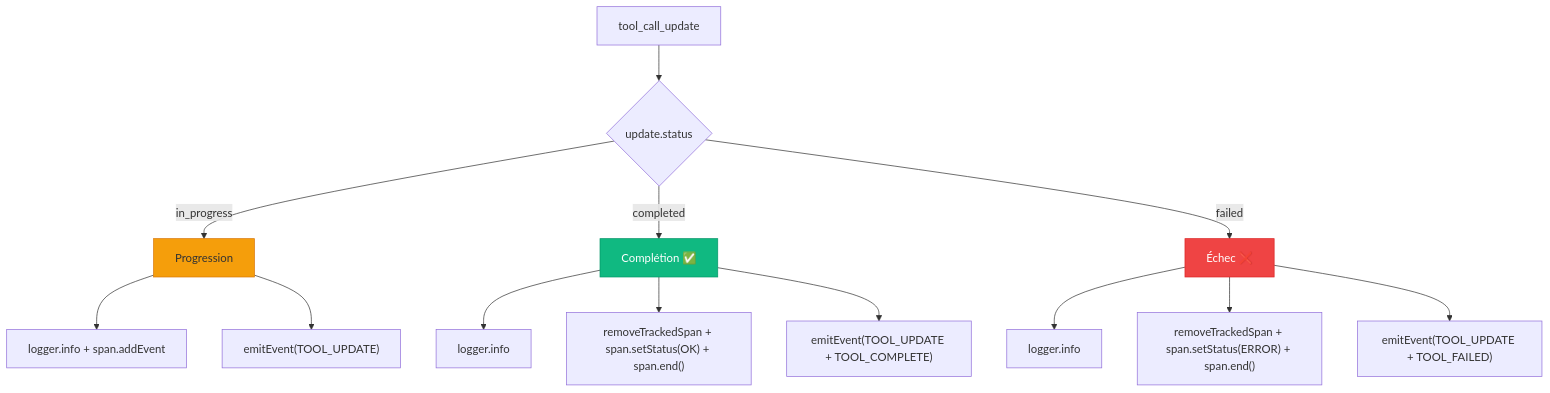
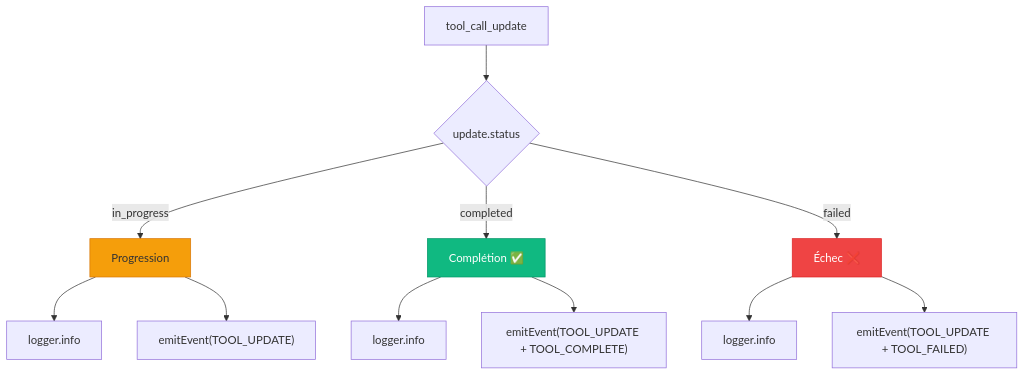
Before and after one commit to atinseau/stark: the fourth of 7 diagrams in docs/components/session-update-handler.md, drawn with Mermaid. The commit also changed other lines of this file and 13 other files, not shown here.

````diff
--- a/docs/components/session-update-handler.md
+++ b/docs/components/session-update-handler.md
@@ -307,26 +263,24 @@
 ```mermaid
 flowchart TD
     UPDATE["tool_call_update"]
     STATUS{"update.status"}
 
     UPDATE --> STATUS
 
     STATUS -->|"in_progress"| PROG["Progression"]
     STATUS -->|"completed"| DONE["Complétion ✅"]
     STATUS -->|"failed"| FAIL["Échec ❌"]
 
-    PROG --> LOG1["logger.info + span.addEvent"]
+    PROG --> LOG1["logger.info"]
     PROG --> EMIT1["emitEvent(TOOL_UPDATE)"]
 
     DONE --> LOG2["logger.info"]
-    DONE --> END_SPAN2["removeTrackedSpan + span.setStatus(OK) + span.end()"]
     DONE --> EMIT2["emitEvent(TOOL_UPDATE + TOOL_COMPLETE)"]
 
     FAIL --> LOG3["logger.info"]
-    FAIL --> END_SPAN3["removeTrackedSpan + span.setStatus(ERROR) + span.end()"]
     FAIL --> EMIT3["emitEvent(TOOL_UPDATE + TOOL_FAILED)"]
 
     style DONE fill:#10b981,stroke:#059669,color:#fff
     style FAIL fill:#ef4444,stroke:#dc2626,color:#fff
     style PROG fill:#f59e0b,stroke:#d97706
 ```
````
